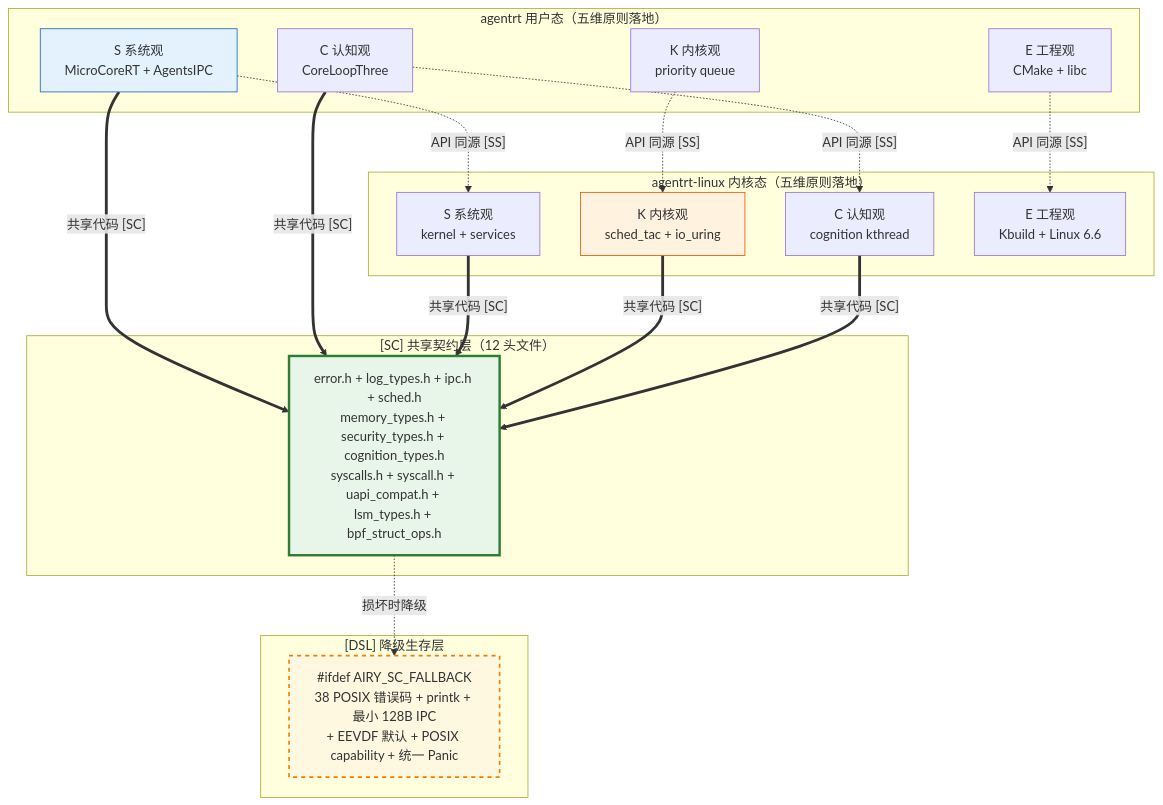
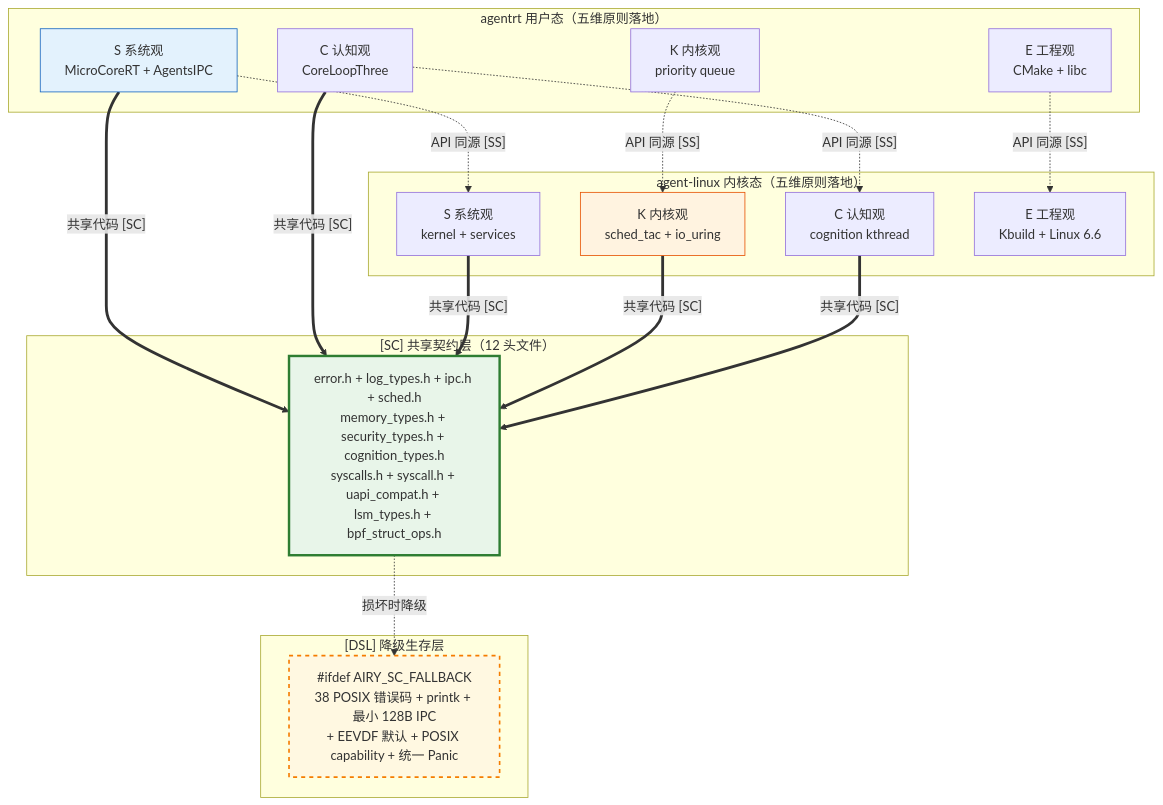
The diagram in 10-architecture/02-five-dimensional-principles.md (openairymax/docs-linux), drawn with Mermaid before and after one commit. The commit also changed other lines of this file and 172 other files, not shown here.

Commit message:
docs: rename agentrt-linux to agent-linux across docs v0.1.3 双工程结构：agentrt-linux 改名 agent-linux。docs 全仓 186 个 文件中的 agentrt-linux 引用统一为 agent-linux（AirymaxOS 工程名/ URL/路径引用；commit hash 与历史不变）。

````diff
--- a/10-architecture/02-five-dimensional-principles.md
+++ b/10-architecture/02-five-dimensional-principles.md
@@ -638,42 +638,42 @@
 ```mermaid
 graph TB
     subgraph "agentrt 用户态（五维原则落地）"
         RT_S[S 系统观<br/>MicroCoreRT + AgentsIPC]
         RT_K[K 内核观<br/>priority queue]
         RT_C[C 认知观<br/>CoreLoopThree]
         RT_E[E 工程观<br/>CMake + libc]
     end
 
-    subgraph "agentrt-linux 内核态（五维原则落地）"
+    subgraph "agent-linux 内核态（五维原则落地）"
         OS_S[S 系统观<br/>kernel + services]
         OS_K[K 内核观<br/>sched_tac + io_uring]
         OS_C[C 认知观<br/>cognition kthread]
         OS_E[E 工程观<br/>Kbuild + Linux 6.6]
     end
 
     subgraph "[SC] 共享契约层（12 头文件）"
         SC[error.h + log_types.h + ipc.h + sched.h<br/>memory_types.h + security_types.h + cognition_types.h<br/>syscalls.h + syscall.h + uapi_compat.h + lsm_types.h + bpf_struct_ops.h]
     end
 
     subgraph "[DSL] 降级生存层"
         DSL["#ifdef AIRY_SC_FALLBACK<br/>38 POSIX 错误码 + printk + 最小 128B IPC<br/>+ EEVDF 默认 + POSIX capability + 统一 Panic"]
     end
 
     RT_S -.->|"API 同源 [SS]"| OS_S
     RT_K -.->|"API 同源 [SS]"| OS_K
     RT_C -.->|"API 同源 [SS]"| OS_C
     RT_E -.->|"API 同源 [SS]"| OS_E
 
     RT_S ==>|"共享代码 [SC]"| SC
     RT_C ==>|"共享代码 [SC]"| SC
     OS_S ==>|"共享代码 [SC]"| SC
     OS_K ==>|"共享代码 [SC]"| SC
     OS_C ==>|"共享代码 [SC]"| SC
 
     SC -.->|"损坏时降级"| DSL
 
     style SC fill:#e8f5e9,stroke:#2e7d32,stroke-width:3px
     style DSL fill:#fff8e1,stroke:#f57c00,stroke-width:2px,stroke-dasharray: 5 5
     style RT_S fill:#e3f2fd,stroke:#1565c0
     style OS_K fill:#fff3e0,stroke:#e65100
 ```
````
